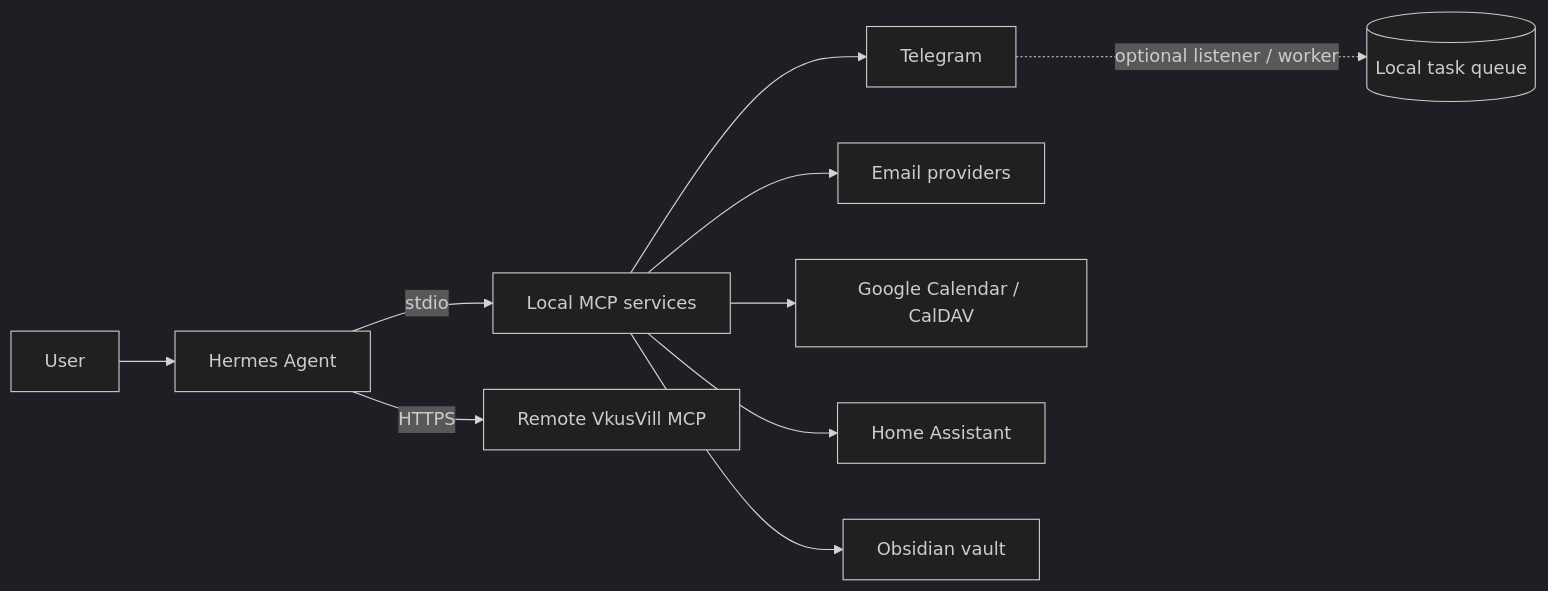
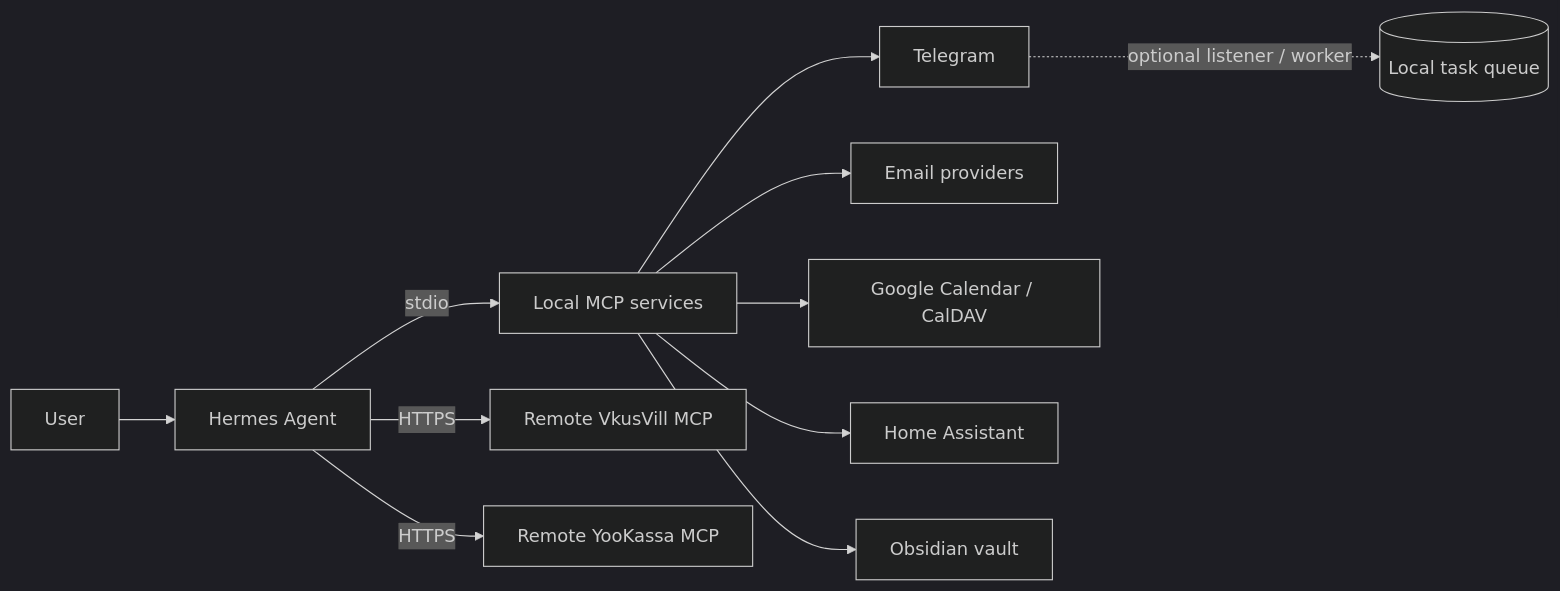
The diagram in README.en.md (goshkaaa/Personal-AI-assistant), drawn with Mermaid (dark theme) before and after one commit. The commit also changed other lines of this file and 7 other files, not shown here.

Commit message:
feat: add YooKassa remote MCP integration

````diff
--- a/README.en.md
+++ b/README.en.md
@@ -38,12 +39,13 @@
 ```mermaid
 flowchart LR
     User[User] --> Hermes[Hermes Agent]
     Hermes -->|stdio| Local[Local MCP services]
     Local --> Telegram[Telegram]
     Local --> Mail[Email providers]
     Local --> Calendar[Google Calendar / CalDAV]
     Local --> HA[Home Assistant]
     Local --> Vault[Obsidian vault]
     Hermes -->|HTTPS| VkusVill[Remote VkusVill MCP]
+    Hermes -->|HTTPS| YooKassa[Remote YooKassa MCP]
     Telegram -. optional listener / worker .-> Queue[(Local task queue)]
 ```
````
